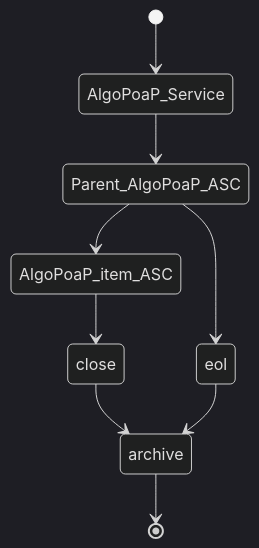
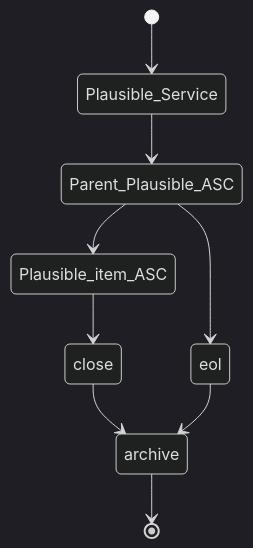
Before and after one commit to GoPlausible/.github: the fifth of 8 diagrams in profile/README.md, drawn with Mermaid (dark theme). The commit also changed other lines of this file, not shown here.

````diff
--- a/profile/README.md
+++ b/profile/README.md
@@ -236,11 +236,11 @@
 ```mermaid
   stateDiagram-v2
-    [*] --> AlgoPoaP_Service
-    AlgoPoaP_Service --> Parent_AlgoPoaP_ASC
-    Parent_AlgoPoaP_ASC --> AlgoPoaP_item_ASC
-    AlgoPoaP_item_ASC --> close
-    Parent_AlgoPoaP_ASC --> eol
+    [*] --> Plausible_Service
+    Plausible_Service --> Parent_Plausible_ASC
+    Parent_Plausible_ASC --> Plausible_item_ASC
+    Plausible_item_ASC --> close
+    Parent_Plausible_ASC --> eol
     close --> archive
     eol --> archive
     archive --> [*]
 ```
````
